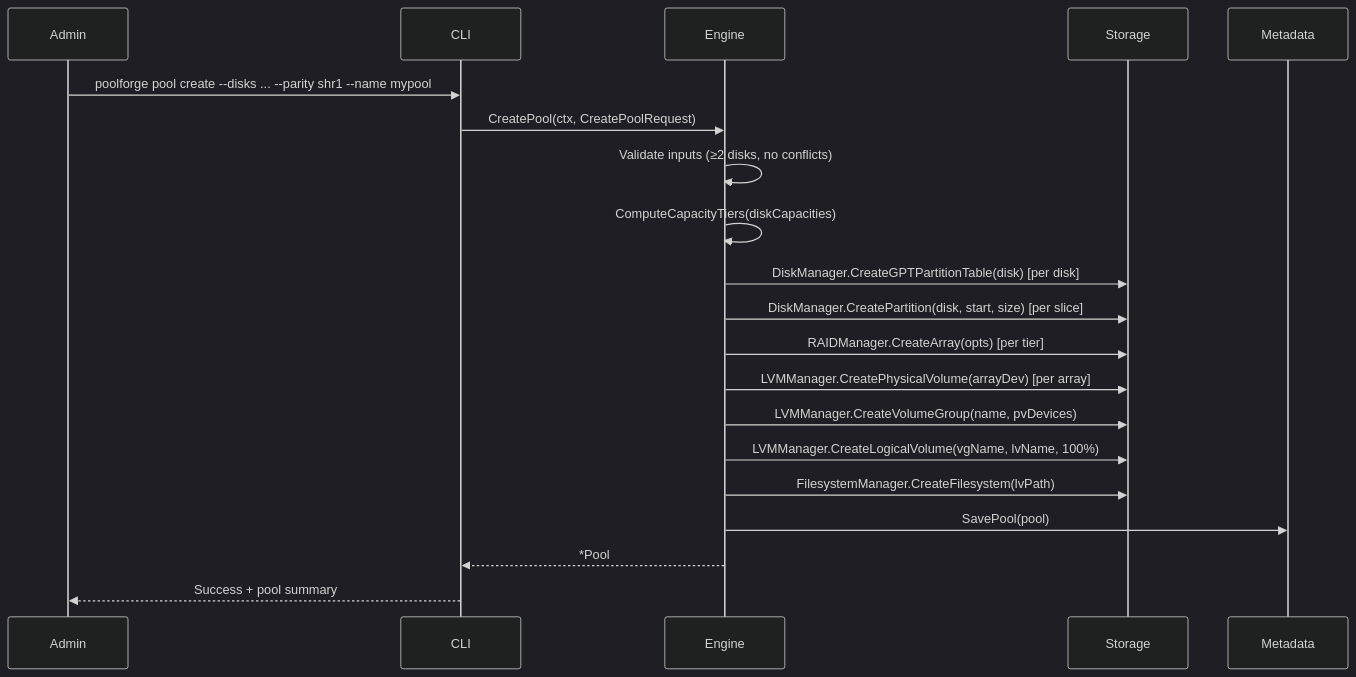
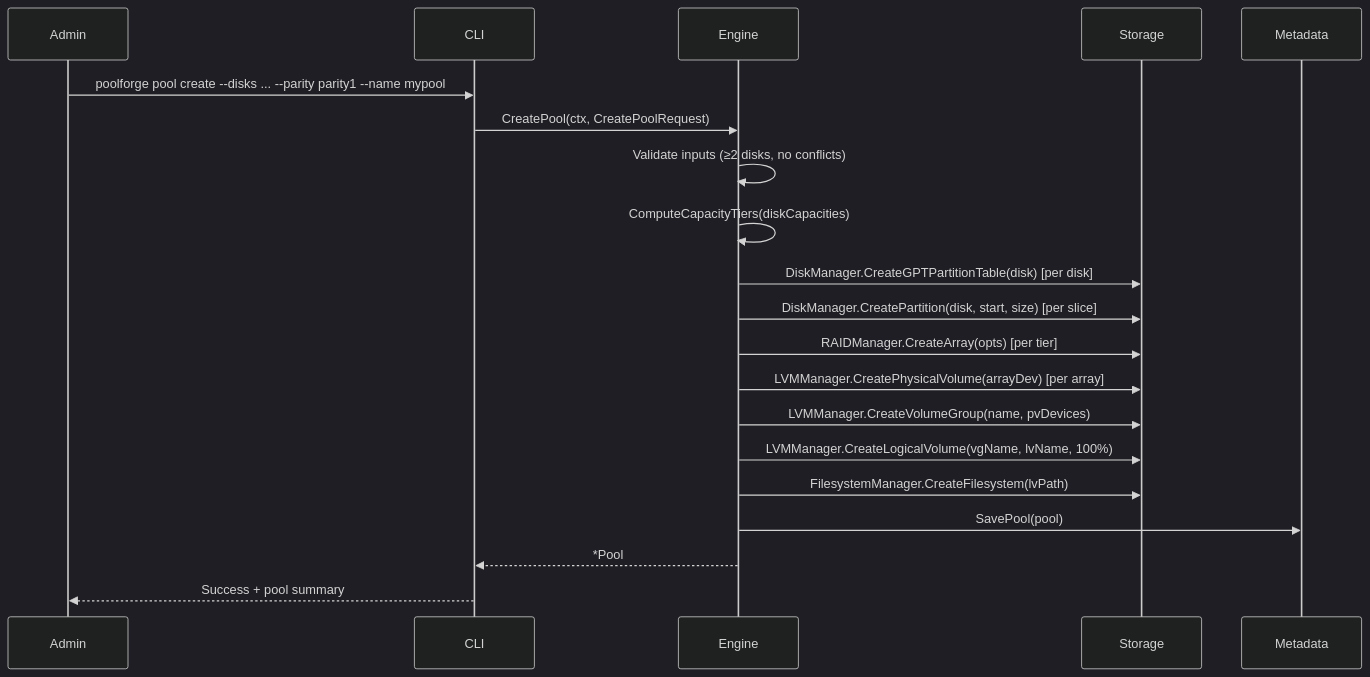
The second of 3 diagrams in .kiro/specs/poolforge-phase1-core-engine/design.md (Paul-Cradduck/PoolForge), drawn with Mermaid (dark theme) before and after one commit. The commit also changed other lines of this file and 11 other files, not shown here.

````diff
--- a/.kiro/specs/poolforge-phase1-core-engine/design.md
+++ b/.kiro/specs/poolforge-phase1-core-engine/design.md
@@ -75,23 +75,23 @@
 ```mermaid
 sequenceDiagram
     participant Admin
     participant CLI
     participant Engine
     participant Storage
     participant Metadata
 
-    Admin->>CLI: poolforge pool create --disks ... --parity shr1 --name mypool
+    Admin->>CLI: poolforge pool create --disks ... --parity parity1 --name mypool
     CLI->>Engine: CreatePool(ctx, CreatePoolRequest)
     Engine->>Engine: Validate inputs (≥2 disks, no conflicts)
     Engine->>Engine: ComputeCapacityTiers(diskCapacities)
     Engine->>Storage: DiskManager.CreateGPTPartitionTable(disk) [per disk]
     Engine->>Storage: DiskManager.CreatePartition(disk, start, size) [per slice]
     Engine->>Storage: RAIDManager.CreateArray(opts) [per tier]
     Engine->>Storage: LVMManager.CreatePhysicalVolume(arrayDev) [per array]
     Engine->>Storage: LVMManager.CreateVolumeGroup(name, pvDevices)
     Engine->>Storage: LVMManager.CreateLogicalVolume(vgName, lvName, 100%)
     Engine->>Storage: FilesystemManager.CreateFilesystem(lvPath)
     Engine->>Metadata: SavePool(pool)
     Engine-->>CLI: *Pool
     CLI-->>Admin: Success + pool summary
 ```
````
